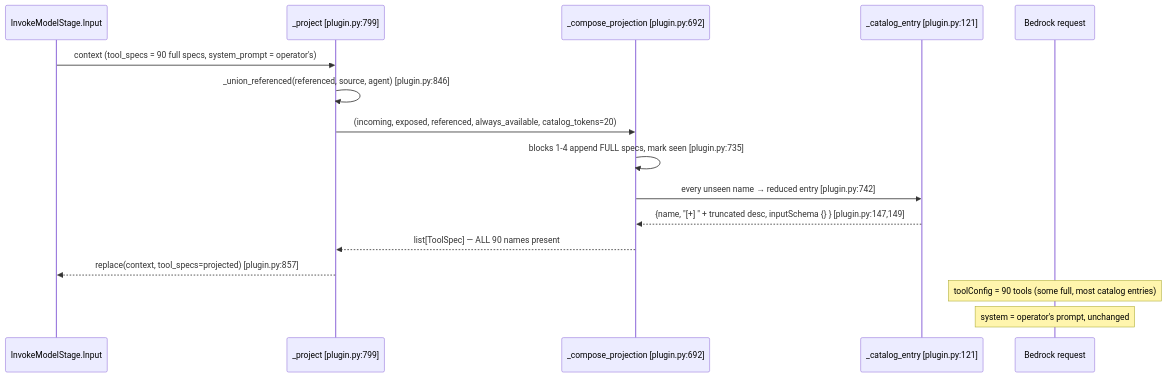
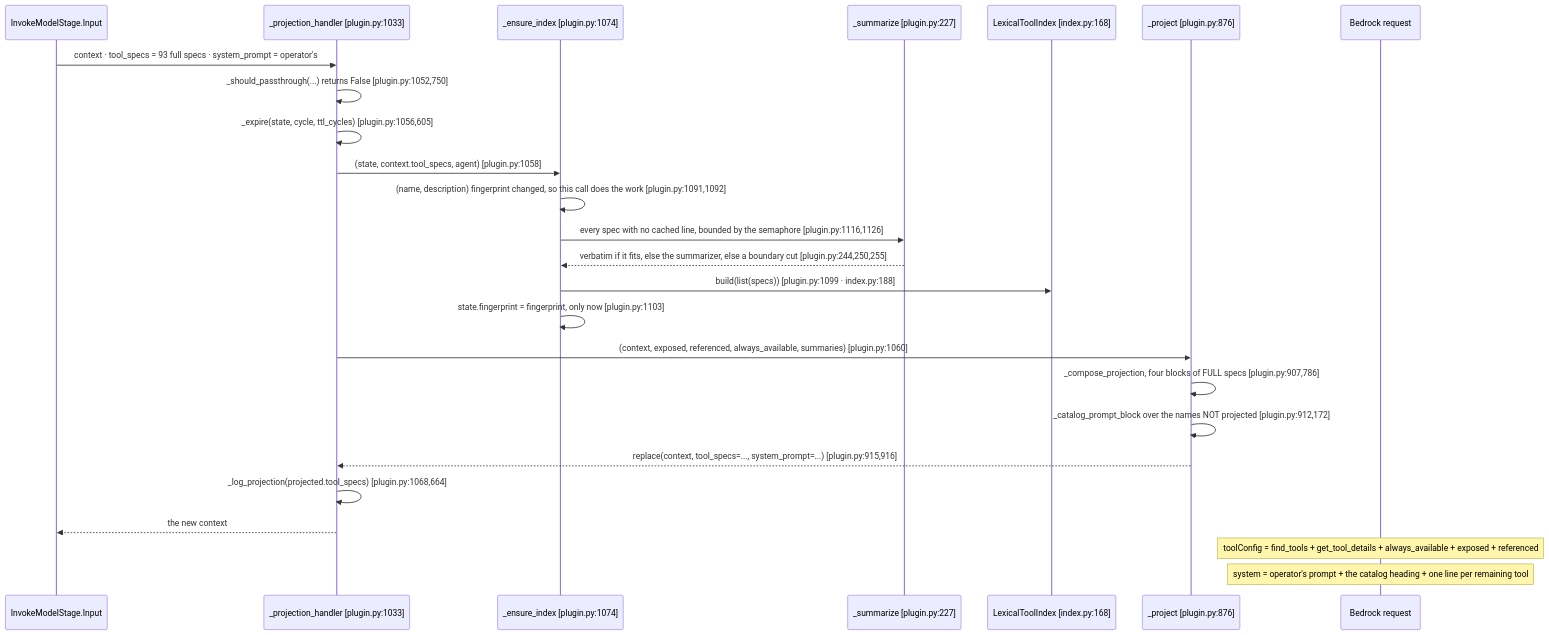
One commit to aws-samples/sample-context-engineering changed the first of 5 diagrams in docs/design/sequence/sequence-b-progressive-tool-disclosure.md. Above: the diagram before and after it, drawn with Mermaid. The commit also changed other lines of this file and 5 other files, not shown here.

First line of the commit message:
docs(disclosure): describe the system-prompt catalog and get_tool_details

````diff
--- a/docs/design/sequence/sequence-b-progressive-tool-disclosure.md
+++ b/docs/design/sequence/sequence-b-progressive-tool-disclosure.md
@@ -108,19 +135,28 @@
 ```mermaid
 sequenceDiagram
     participant Stage as InvokeModelStage.Input
-    participant Project as _project [plugin.py:799]
-    participant Compose as _compose_projection [plugin.py:692]
-    participant Entry as _catalog_entry [plugin.py:121]
+    participant Handler as _projection_handler [plugin.py:1033]
+    participant Ensure as _ensure_index [plugin.py:1074]
+    participant Sum as _summarize [plugin.py:227]
+    participant Index as LexicalToolIndex [index.py:168]
+    participant Project as _project [plugin.py:876]
     participant Provider as Bedrock request
 
-    Stage->>Project: context (tool_specs = 90 full specs, system_prompt = operator's)
-    Project->>Project: _union_referenced(referenced, source, agent) [plugin.py:846]
-    Project->>Compose: (incoming, exposed, referenced, always_available, catalog_tokens=20)
-    Compose->>Compose: blocks 1-4 append FULL specs, mark seen [plugin.py:735]
-    Compose->>Entry: every unseen name → reduced entry [plugin.py:742]
-    Entry-->>Compose: {name, "[+] " + truncated desc, inputSchema {} } [plugin.py:147,149]
-    Compose-->>Project: list[ToolSpec] — ALL 90 names present
-    Project-->>Stage: replace(context, tool_specs=projected) [plugin.py:857]
-    Note over Provider: toolConfig = 90 tools (some full, most catalog entries)
-    Note over Provider: system = operator's prompt, unchanged
+    Stage->>Handler: context · tool_specs = 93 full specs · system_prompt = operator's
+    Handler->>Handler: _should_passthrough(...) returns False [plugin.py:1052,750]
+    Handler->>Handler: _expire(state, cycle, ttl_cycles) [plugin.py:1056,605]
+    Handler->>Ensure: (state, context.tool_specs, agent) [plugin.py:1058]
+    Ensure->>Ensure: (name, description) fingerprint changed, so this call does the work [plugin.py:1091,1092]
+    Ensure->>Sum: every spec with no cached line, bounded by the semaphore [plugin.py:1116,1126]
+    Sum-->>Ensure: verbatim if it fits, else the summarizer, else a boundary cut [plugin.py:244,250,255]
+    Ensure->>Index: build(list(specs)) [plugin.py:1099 · index.py:188]
+    Ensure->>Ensure: state.fingerprint = fingerprint, only now [plugin.py:1103]
+    Handler->>Project: (context, exposed, referenced, always_available, summaries) [plugin.py:1060]
+    Project->>Project: _compose_projection, four blocks of FULL specs [plugin.py:907,786]
+    Project->>Project: _catalog_prompt_block over the names NOT projected [plugin.py:912,172]
+    Project-->>Handler: replace(context, tool_specs=..., system_prompt=...) [plugin.py:915,916]
+    Handler->>Handler: _log_projection(projected.tool_specs) [plugin.py:1068,664]
+    Handler-->>Stage: the new context
+    Note over Provider: toolConfig = find_tools + get_tool_details + always_available + exposed + referenced
+    Note over Provider: system = operator's prompt + the catalog heading + one line per remaining tool
 ```
````
